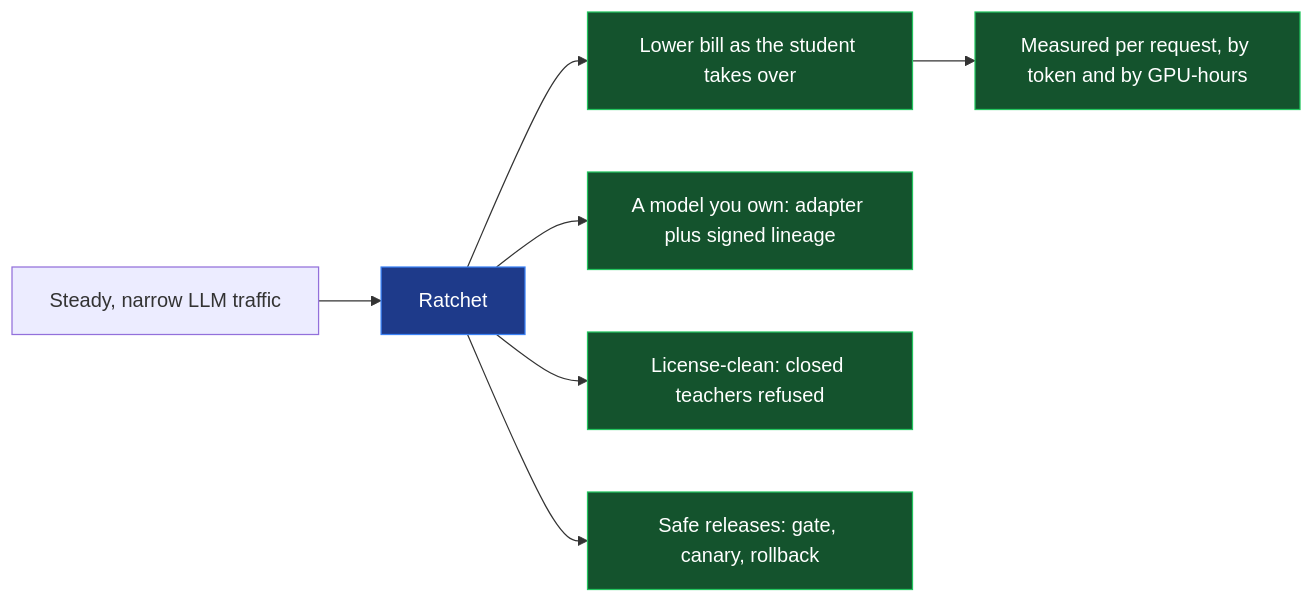
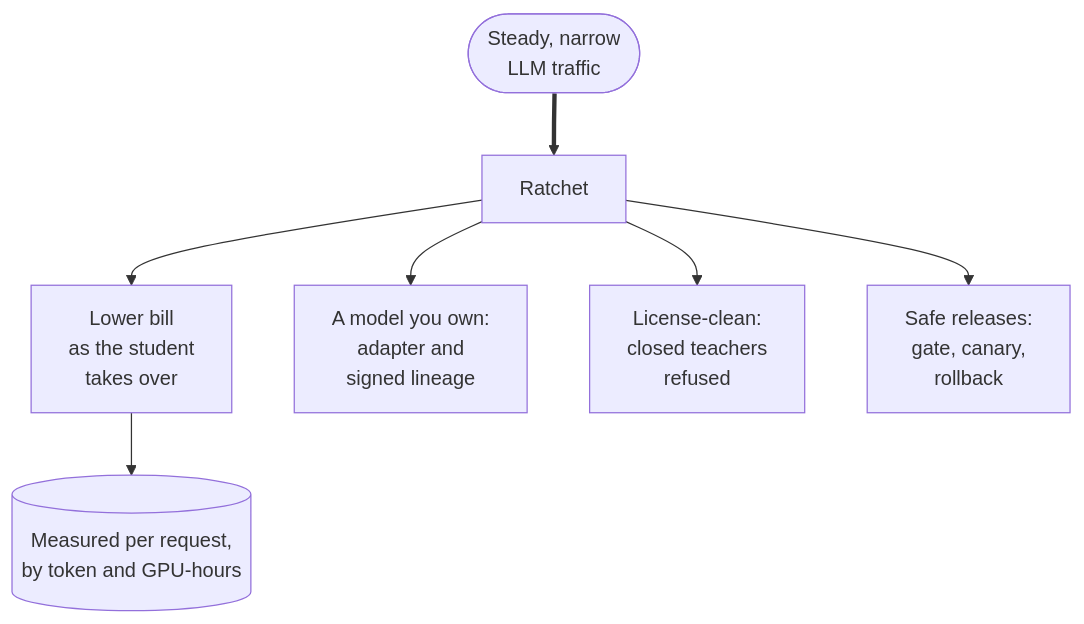
The first of 2 diagrams in docs-site/src/content/docs/guides/business.mdx (harshbhx/ratchet), drawn with Mermaid before and after one commit. The commit also changed other lines of this file and 25 other files, not shown here.

````diff
--- a/docs-site/src/content/docs/guides/business.mdx
+++ b/docs-site/src/content/docs/guides/business.mdx
@@ -23,13 +35,12 @@
 ```mermaid
-flowchart LR
-  T["Steady, narrow LLM traffic"] --> R["Ratchet"]
-  R --> V1["Lower bill as the student takes over"]
-  R --> V2["A model you own: adapter plus signed lineage"]
-  R --> V3["License-clean: closed teachers refused"]
-  R --> V4["Safe releases: gate, canary, rollback"]
-  V1 --> M["Measured per request, by token and by GPU-hours"]
-  classDef core fill:#1e3a8a,stroke:#3b82f6,color:#fff
-  classDef out fill:#14532d,stroke:#22c55e,color:#fff
-  class R core
-  class V1,V2,V3,V4,M out
+flowchart TB
+  T(["Steady, narrow<br/>LLM traffic"]) ==> R["Ratchet"]
+  R --> V1["Lower bill<br/>as the student<br/>takes over"]
+  R --> V2["A model you own:<br/>adapter and<br/>signed lineage"]
+  R --> V3["License-clean:<br/>closed teachers<br/>refused"]
+  R --> V4["Safe releases:<br/>gate, canary,<br/>rollback"]
+  V1 --> M[("Measured per request,<br/>by token and GPU-hours")]
+  class V2 student
+  class V4 gate
+  class M store
 ```
````
